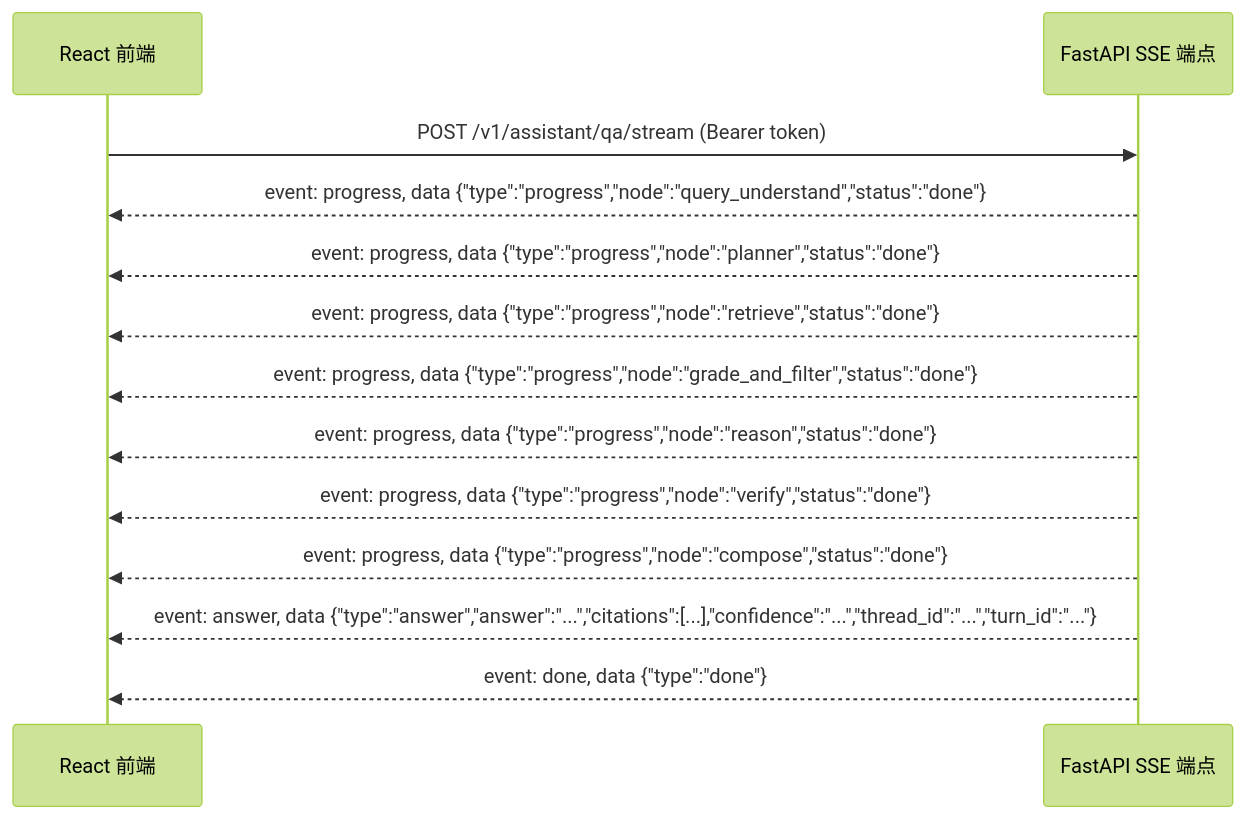
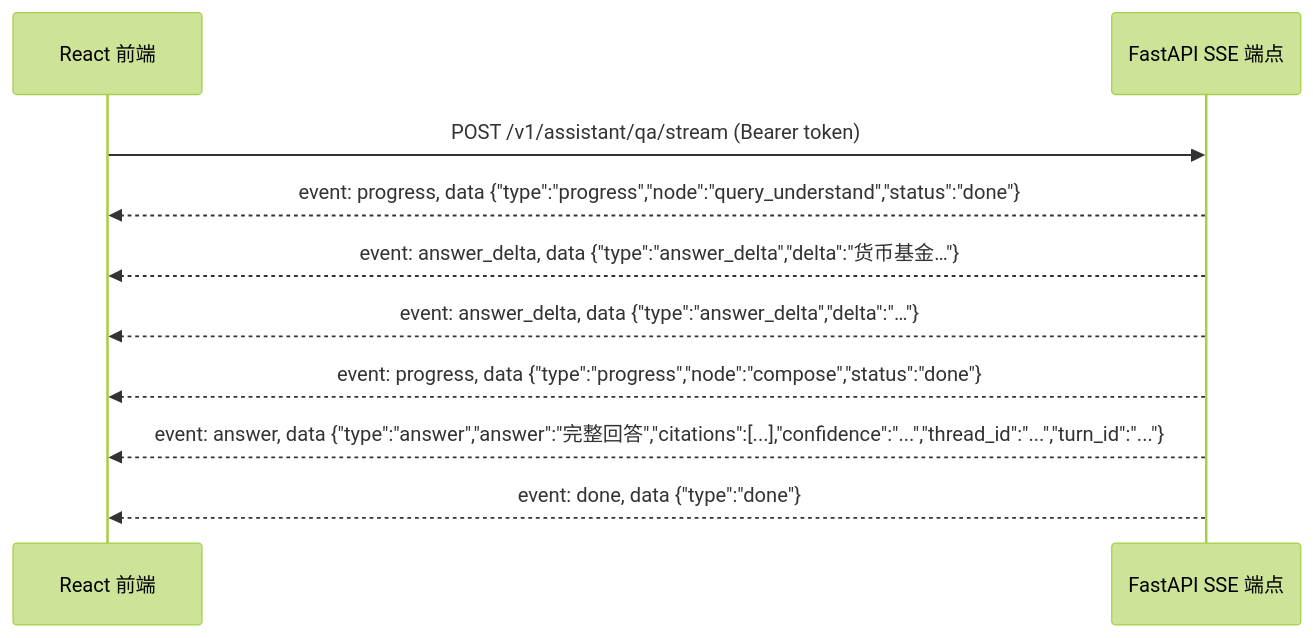
One commit to jaronlu/SecRAG changed the second of 2 diagrams in openwiki/architecture/api-surface.md. Above: the diagram before and after it, drawn with Mermaid (forest theme). The commit also changed other lines of this file and 25 other files, not shown here.

````diff
--- a/openwiki/architecture/api-surface.md
+++ b/openwiki/architecture/api-surface.md
@@ -198,15 +207,12 @@
 ```mermaid
 sequenceDiagram
     participant F as React 前端
     participant S as FastAPI SSE 端点
     F->>S: POST /v1/assistant/qa/stream (Bearer token)
     S-->>F: event: progress, data {"type":"progress","node":"query_understand","status":"done"}
-    S-->>F: event: progress, data {"type":"progress","node":"planner","status":"done"}
-    S-->>F: event: progress, data {"type":"progress","node":"retrieve","status":"done"}
-    S-->>F: event: progress, data {"type":"progress","node":"grade_and_filter","status":"done"}
-    S-->>F: event: progress, data {"type":"progress","node":"reason","status":"done"}
-    S-->>F: event: progress, data {"type":"progress","node":"verify","status":"done"}
+    S-->>F: event: answer_delta, data {"type":"answer_delta","delta":"货币基金…"}
+    S-->>F: event: answer_delta, data {"type":"answer_delta","delta":"…"}
     S-->>F: event: progress, data {"type":"progress","node":"compose","status":"done"}
-    S-->>F: event: answer, data {"type":"answer","answer":"...","citations":[...],"confidence":"...","thread_id":"...","turn_id":"..."}
+    S-->>F: event: answer, data {"type":"answer","answer":"完整回答","citations":[...],"confidence":"...","thread_id":"...","turn_id":"..."}
     S-->>F: event: done, data {"type":"done"}
 ```
````
